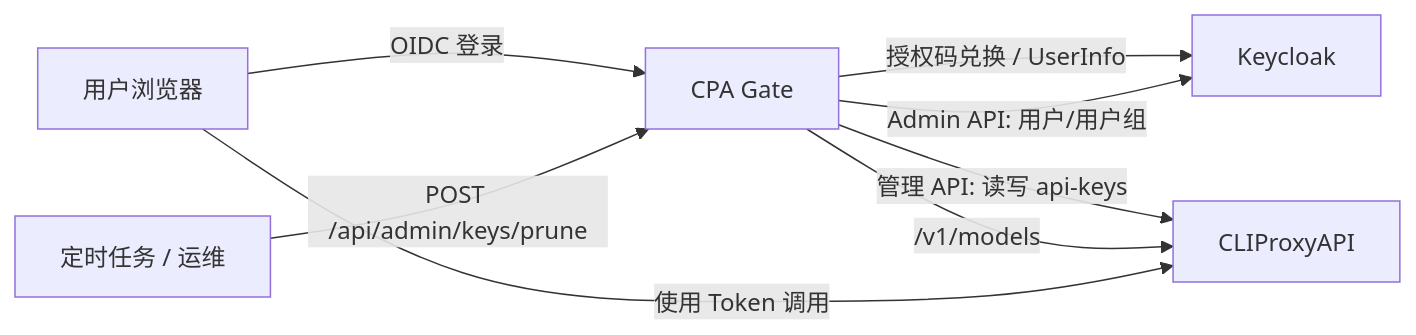
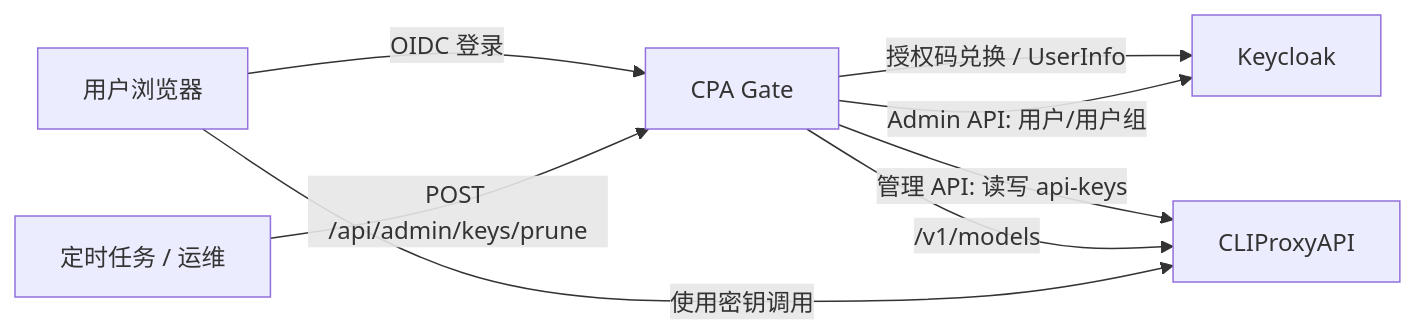
One commit to yanranxiaoxi/cpa-gate changed the first of 2 diagrams in SPECS.md. Above: the diagram before and after it, drawn with Mermaid. The commit also changed other lines of this file and 12 other files, not shown here.

````diff
--- a/SPECS.md
+++ b/SPECS.md
@@ -198,10 +198,10 @@
 ```mermaid
 flowchart LR
     U[用户浏览器] -->|OIDC 登录| G[CPA Gate]
     G -->|授权码兑换 / UserInfo| K[Keycloak]
     G -->|Admin API: 用户/用户组| K
     G -->|管理 API: 读写 api-keys| C[CLIProxyAPI]
     G -->|/v1/models| C
-    U -->|使用 Token 调用| C
+    U -->|使用密钥调用| C
     A[定时任务 / 运维] -->|POST /api/admin/keys/prune| G
 ```
````
